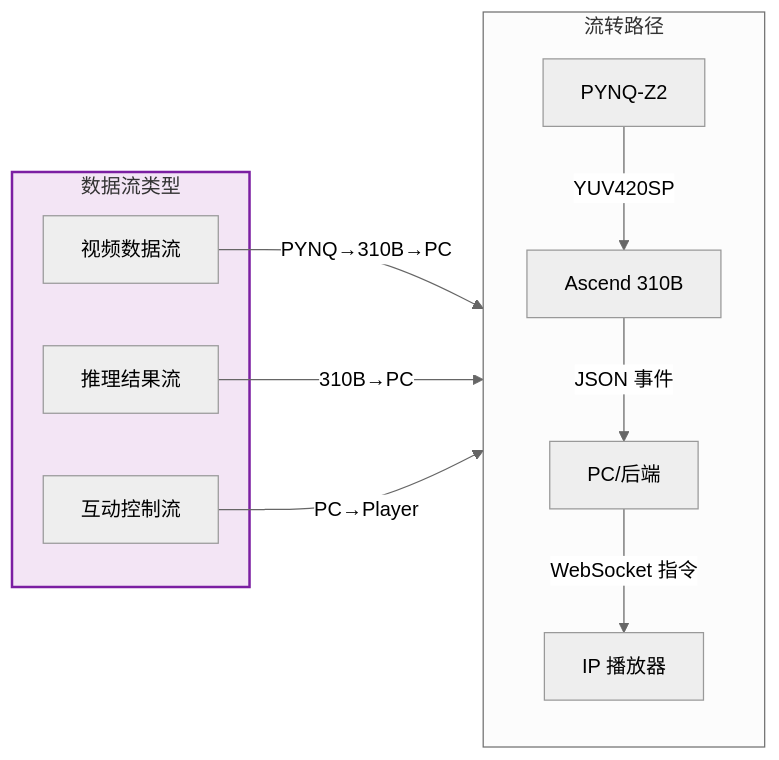
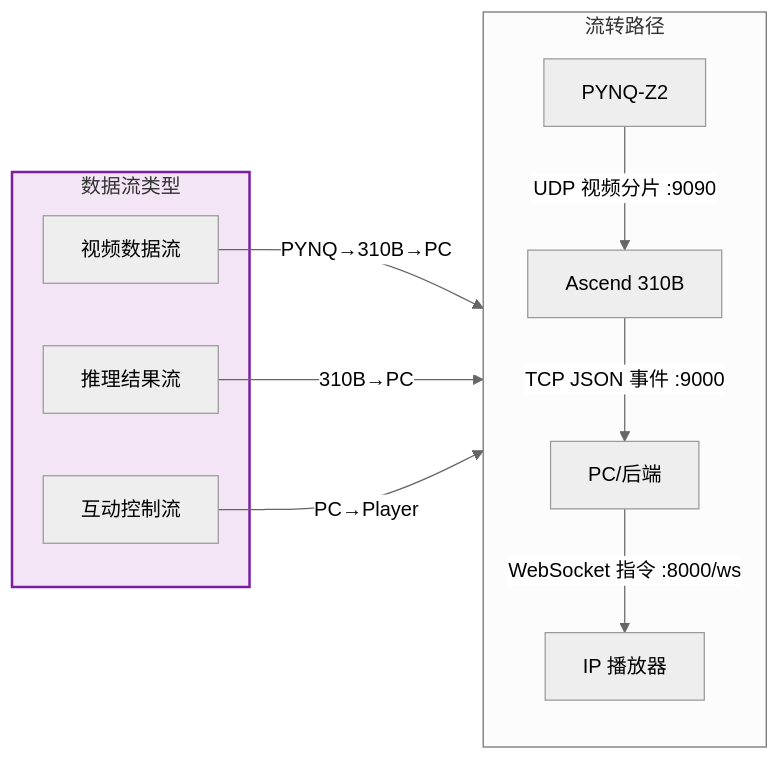
One commit to wanone111/ciciec_ascend changed the second of 10 diagrams in docs/智能视觉交互系统报告.md. Above: the diagram before and after it, drawn with Mermaid (neutral theme). The commit also changed other lines of this file and 2 other files, not shown here.

````diff
--- a/docs/智能视觉交互系统报告.md
+++ b/docs/智能视觉交互系统报告.md
@@ -152,21 +152,21 @@
 ```mermaid
 flowchart LR
     subgraph DataFlows[数据流类型]
         VF[视频数据流]
         RF[推理结果流]
         CF[互动控制流]
     end
     
     subgraph FlowPath[流转路径]
-        PYNQ[PYNQ-Z2] -->|YUV420SP| 310B[Ascend 310B]
-        310B -->|JSON 事件 | PC[PC/后端]
-        PC -->|WebSocket 指令 | Player[IP 播放器]
+        PYNQ[PYNQ-Z2] -->|UDP 视频分片 :9090| 310B[Ascend 310B]
+        310B -->|TCP JSON 事件 :9000| PC[PC/后端]
+        PC -->|WebSocket 指令 :8000/ws| Player[IP 播放器]
     end
     
     VF -->|PYNQ→310B→PC| FlowPath
     RF -->|310B→PC| FlowPath
     CF -->|PC→Player| FlowPath
     
     classDef data fill:#f3e5f5,stroke:#7b1fa2,stroke-width:2px;
     class DataFlows data;
 ```
````
